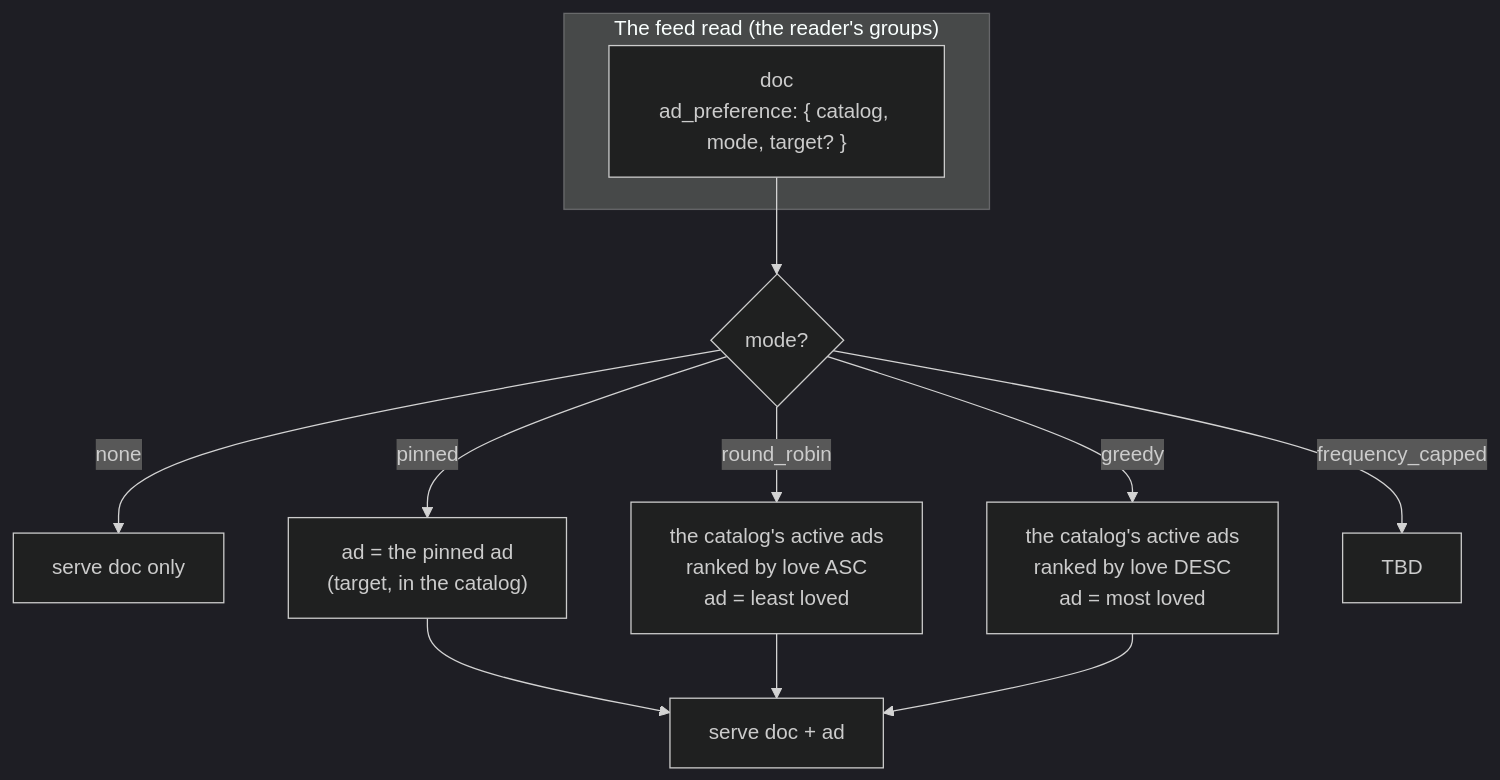
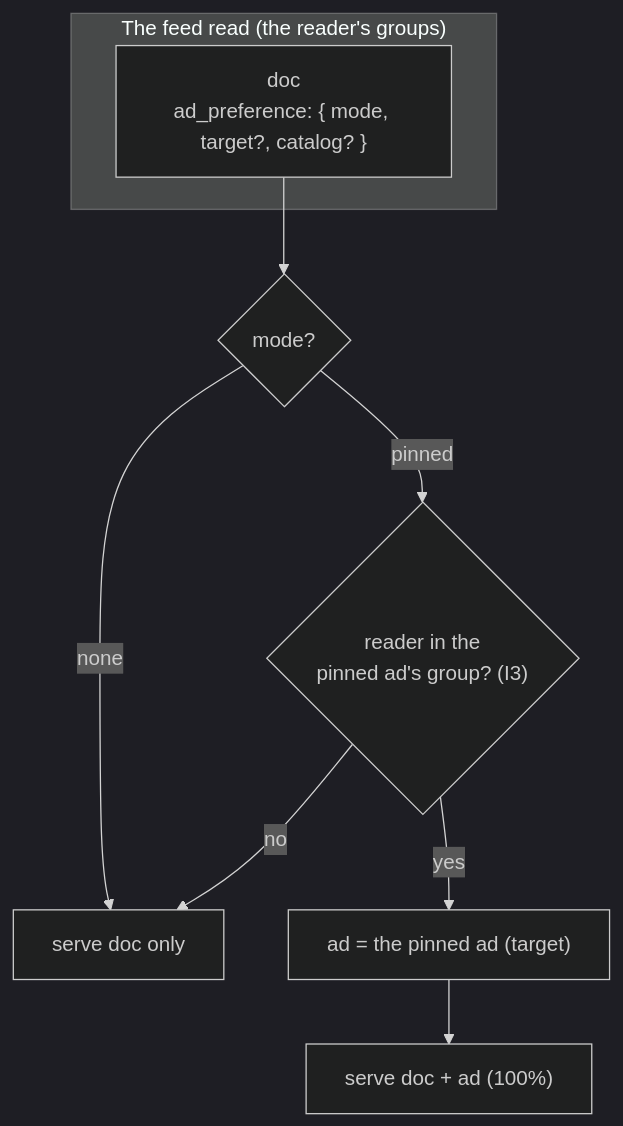
The diagram in knowledge/knowledge-base/web10-v3/social/ads-dissemination.md (jacoby149/web10), drawn with Mermaid (dark theme) before and after one commit. The commit also changed other lines of this file and 3 other files, not shown here.

````diff
--- a/knowledge/knowledge-base/web10-v3/social/ads-dissemination.md
+++ b/knowledge/knowledge-base/web10-v3/social/ads-dissemination.md
@@ -64,22 +52,15 @@
 ```mermaid
 flowchart TD
     subgraph FEED["The feed read (the reader's groups)"]
-        D["doc<br/>ad_preference: { catalog, mode, target? }"]
+        D["doc<br/>ad_preference: { mode, target?, catalog? }"]
     end
 
     D --> M{"mode?"}
 
     M -->|none| N["serve doc only"]
 
-    M -->|pinned| P["ad = the pinned ad<br/>(target, in the catalog)"]
-
-    M -->|round_robin| R["the catalog's active ads<br/>ranked by love ASC<br/>ad = least loved"]
-
-    M -->|greedy| G["the catalog's active ads<br/>ranked by love DESC<br/>ad = most loved"]
-
-    M -->|frequency_capped| F["TBD"]
-
-    P --> S["serve doc + ad"]
-    R --> S
-    G --> S
+    M -->|pinned| C{"reader in the<br/>pinned ad's group? (I3)"}
+    C -->|no| N
+    C -->|yes| P["ad = the pinned ad (target)"]
+    P --> S["serve doc + ad (100%)"]
 ```
````
